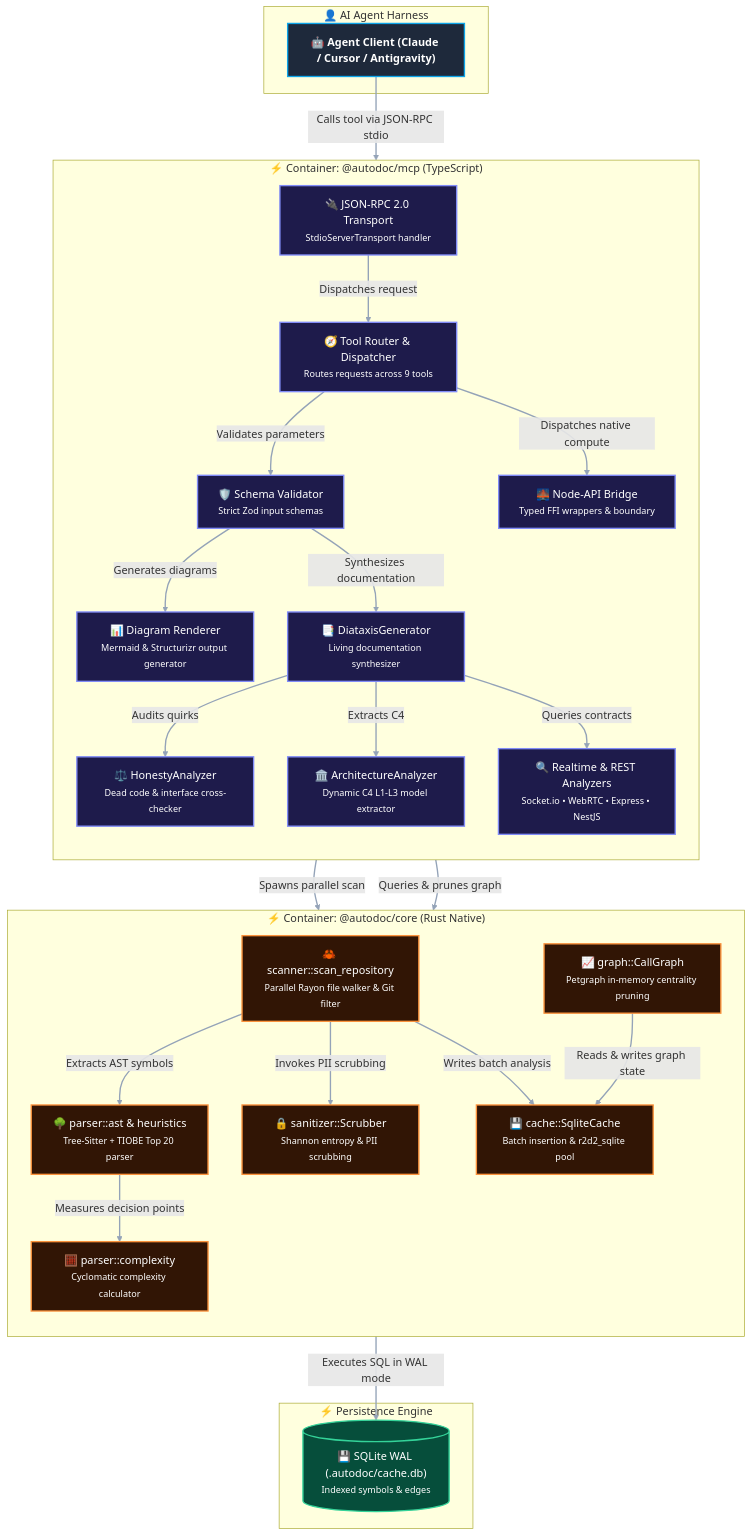
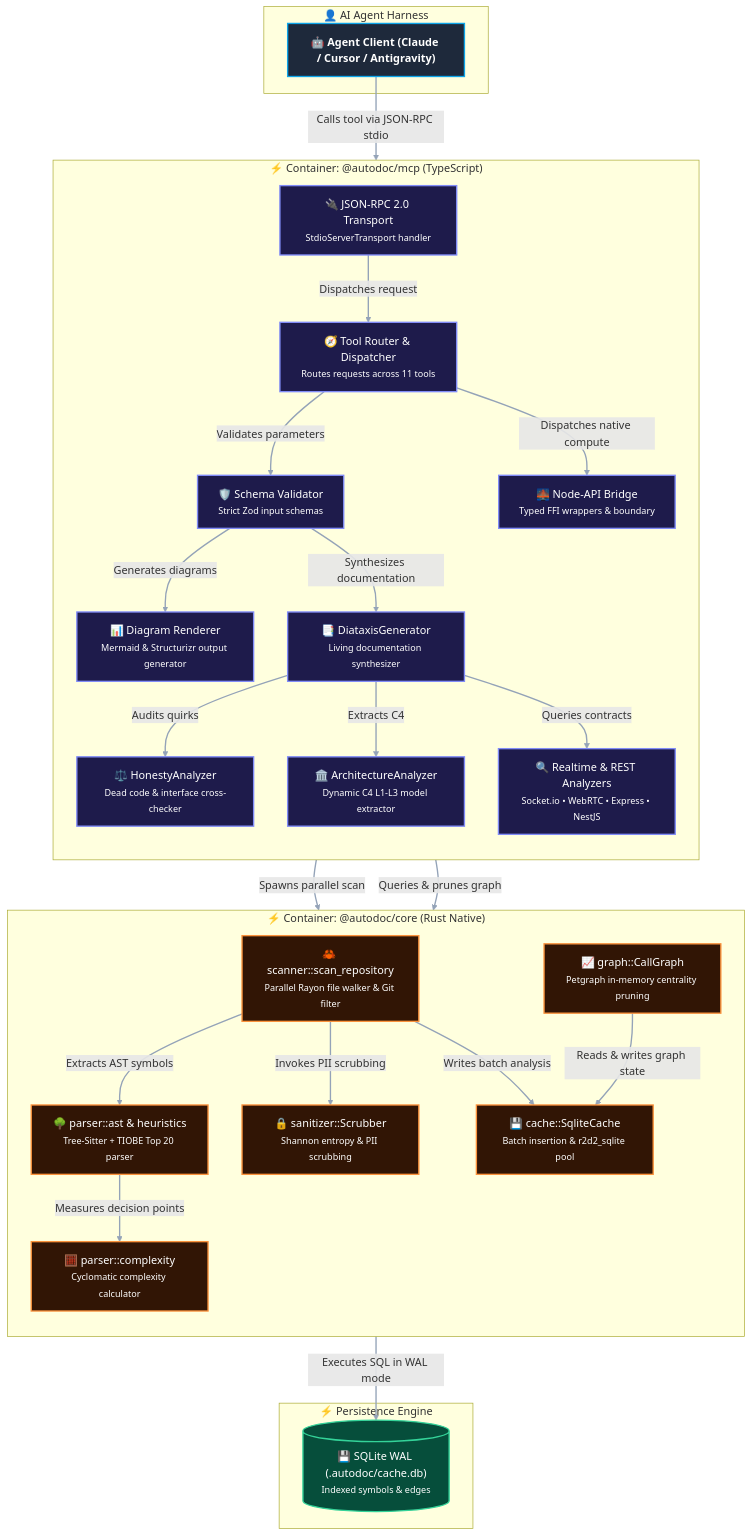
One commit to dandgabr/autodoc changed the third of 4 diagrams in docs/reference/codebase-map.md. Above: the diagram before and after it, drawn with Mermaid. The commit also changed 44 other files, not shown here.

````diff
--- a/docs/reference/codebase-map.md
+++ b/docs/reference/codebase-map.md
@@ -88,62 +88,62 @@
 ```mermaid
 flowchart TD
     %% High Contrast Styling Definitions
     classDef clientClass fill:#1E293B,stroke:#0EA5E9,stroke-width:2px,color:#FFFFFF,font-weight:bold;
     classDef tsComp fill:#1E1B4B,stroke:#818CF8,stroke-width:2px,color:#FFFFFF;
     classDef rustComp fill:#311505,stroke:#FB923C,stroke-width:2px,color:#FFFFFF;
     classDef dbClass fill:#064E3B,stroke:#34D399,stroke-width:2px,color:#FFFFFF;
 
     subgraph ExternalCaller["👤 AI Agent Harness"]
         Client["🤖 Agent Client (Claude / Cursor / Antigravity)"]:::clientClass
     end
 
     subgraph MCPServerBoundary["⚡ Container: @autodoc/mcp (TypeScript)"]
         direction TB
         JSONRPC["🔌 JSON-RPC 2.0 Transport<br/><small>StdioServerTransport handler</small>"]:::tsComp
-        ToolRouter["🧭 Tool Router & Dispatcher<br/><small>Routes requests across 9 tools</small>"]:::tsComp
+        ToolRouter["🧭 Tool Router & Dispatcher<br/><small>Routes requests across 11 tools</small>"]:::tsComp
         ZodValidator["🛡️ Schema Validator<br/><small>Strict Zod input schemas</small>"]:::tsComp
         DiagRenderer["📊 Diagram Renderer<br/><small>Mermaid & Structurizr output generator</small>"]:::tsComp
         ArchAnalyzer["🏛️ ArchitectureAnalyzer<br/><small>Dynamic C4 L1-L3 model extractor</small>"]:::tsComp
         ContractSuite["🔍 Realtime & REST Analyzers<br/><small>Socket.io • WebRTC • Express • NestJS</small>"]:::tsComp
         DiataxisGen["📑 DiataxisGenerator<br/><small>Living documentation synthesizer</small>"]:::tsComp
         HonestyAuditor["⚖️ HonestyAnalyzer<br/><small>Dead code & interface cross-checker</small>"]:::tsComp
         FFIBridge["🌉 Node-API Bridge<br/><small>Typed FFI wrappers & boundary</small>"]:::tsComp
     end
 
     subgraph RustCoreBoundary["⚡ Container: @autodoc/core (Rust Native)"]
         direction TB
         ScannerMod["🦀 scanner::scan_repository<br/><small>Parallel Rayon file walker & Git filter</small>"]:::rustComp
         AstEngine["🌳 parser::ast & heuristics<br/><small>Tree-Sitter + TIOBE Top 20 parser</small>"]:::rustComp
         ComplexityMod["🧮 parser::complexity<br/><small>Cyclomatic complexity calculator</small>"]:::rustComp
         SanitizerMod["🔒 sanitizer::Scrubber<br/><small>Shannon entropy & PII scrubbing</small>"]:::rustComp
         GraphMod["📈 graph::CallGraph<br/><small>Petgraph in-memory centrality pruning</small>"]:::rustComp
         CacheMod["💾 cache::SqliteCache<br/><small>Batch insertion & r2d2_sqlite pool</small>"]:::rustComp
     end
 
     subgraph StorageBoundary["⚡ Persistence Engine"]
         SQLiteDB[("💾 SQLite WAL (.autodoc/cache.db)<br/><small>Indexed symbols & edges</small>")]:::dbClass
     end
 
     %% Flow connections
     Client -->|"Calls tool via JSON-RPC stdio"| JSONRPC
     JSONRPC -->|"Dispatches request"| ToolRouter
     ToolRouter -->|"Validates parameters"| ZodValidator
     ZodValidator -->|"Generates diagrams"| DiagRenderer
     ZodValidator -->|"Synthesizes documentation"| DiataxisGen
     DiataxisGen -->|"Audits quirks"| HonestyAuditor
     DiataxisGen -->|"Extracts C4"| ArchAnalyzer
     DiataxisGen -->|"Queries contracts"| ContractSuite
     ToolRouter -->|"Dispatches native compute"| FFIBridge
 
     FFIBridge -->|"Spawns parallel scan"| ScannerMod
     ScannerMod -->|"Extracts AST symbols"| AstEngine
     AstEngine -->|"Measures decision points"| ComplexityMod
     ScannerMod -->|"Invokes PII scrubbing"| SanitizerMod
     ScannerMod -->|"Writes batch analysis"| CacheMod
 
     FFIBridge -->|"Queries & prunes graph"| GraphMod
     GraphMod -->|"Reads & writes graph state"| CacheMod
     CacheMod -->|"Executes SQL in WAL mode"| SQLiteDB
 
     linkStyle default stroke:#94A3B8,stroke-width:2px;
 ```
````
